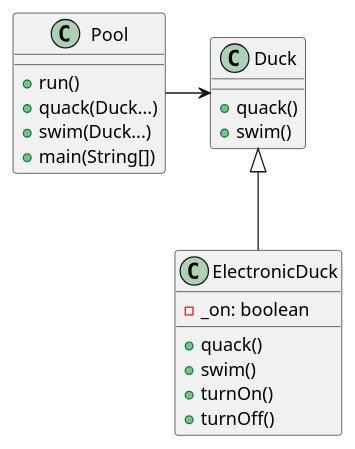
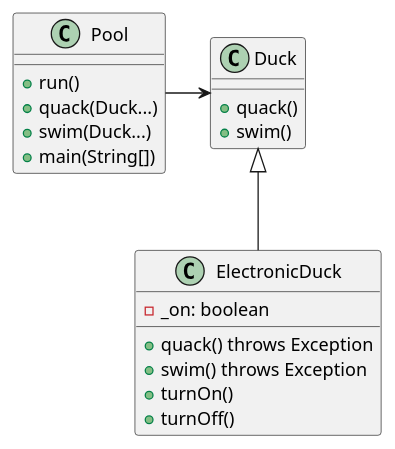
Before and after one commit to MedAzizKhayati/SOLID: the diagram in LSP/src/com/directi/training/lsp/exercise/uml.wsd, drawn with PlantUML. The commit also changed 7 other files, not shown here.

```diff
--- a/LSP/src/com/directi/training/lsp/exercise/uml.wsd
+++ b/LSP/src/com/directi/training/lsp/exercise/uml.wsd
@@ -1,24 +1,24 @@
 @startuml lsp
 class Duck {
   +quack()
   +swim()
 }
 
 class ElectronicDuck {
   -_on: boolean
-  +quack()
-  +swim()
+  +quack() throws Exception
+  +swim() throws Exception
   +turnOn()
   +turnOff()
 }
 
 class Pool {
   +run()
   +quack(Duck...)
   +swim(Duck...)
   +main(String[])
 }
 
 Duck <|-- ElectronicDuck
 Pool -> Duck
 @enduml
```
